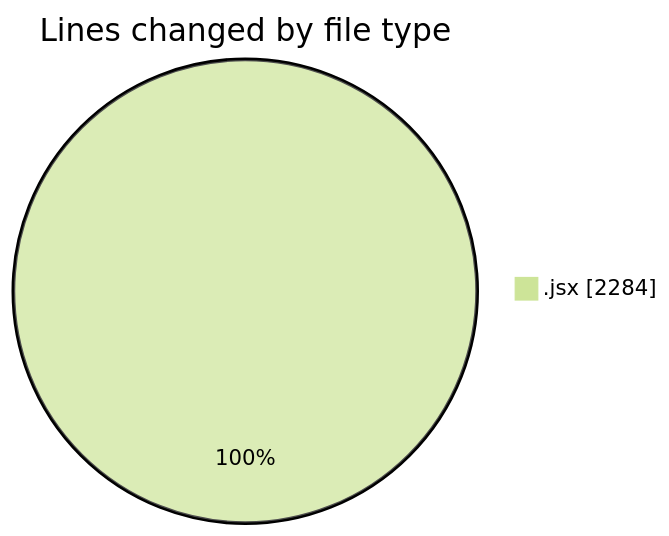
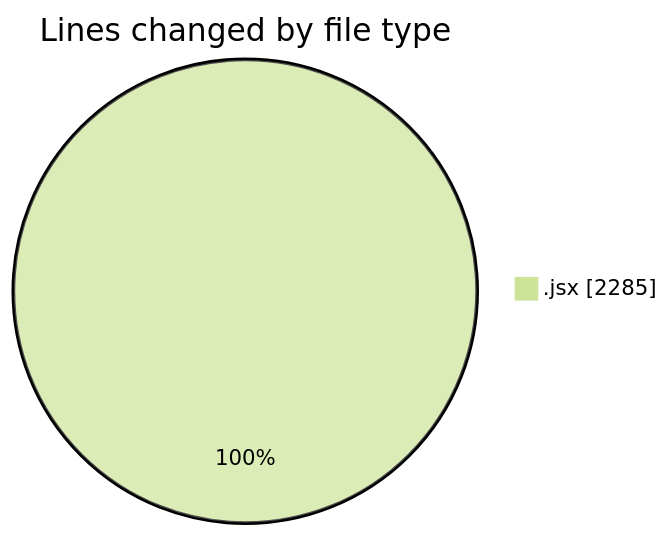
The first of 2 diagrams in 2025-08-01/nxtqube_webapp/README.md (nxtqubesakshisongat/code-tracking), drawn with Mermaid (forest theme) before and after one commit. The commit also changed other lines of this file and 1 other file, not shown here.

````diff
--- a/2025-08-01/nxtqube_webapp/README.md
+++ b/2025-08-01/nxtqube_webapp/README.md
@@ -26,5 +26,5 @@
 ```mermaid
 pie showData
 title Lines changed by file type
-".jsx" : 2284
+".jsx" : 2285
 ```
````
